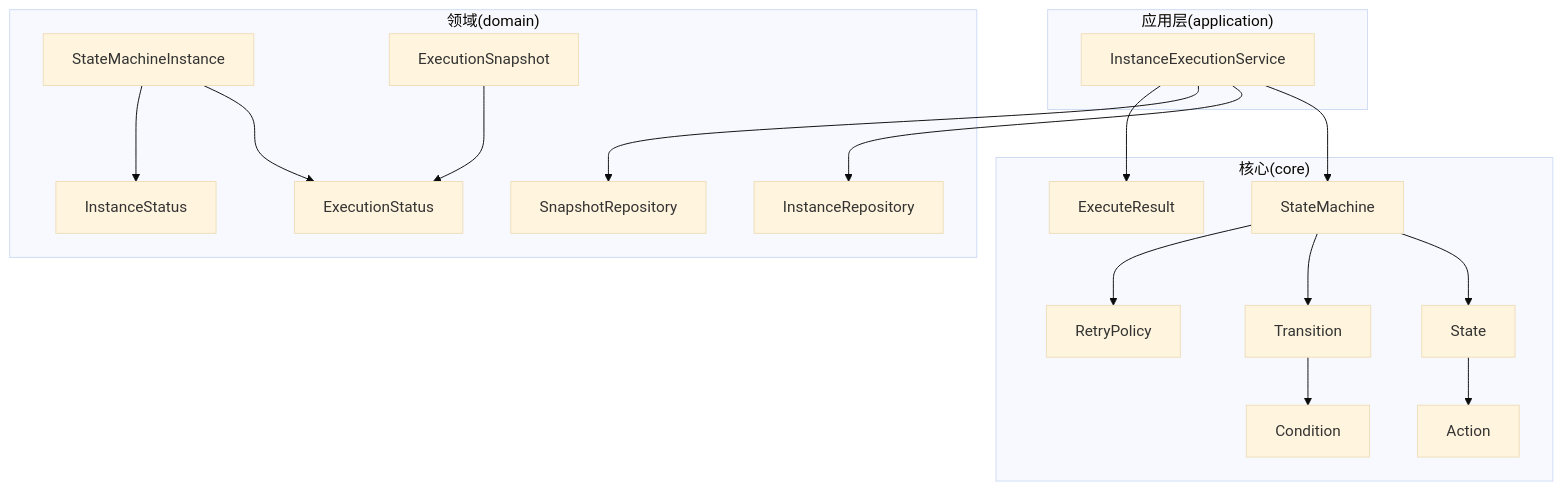
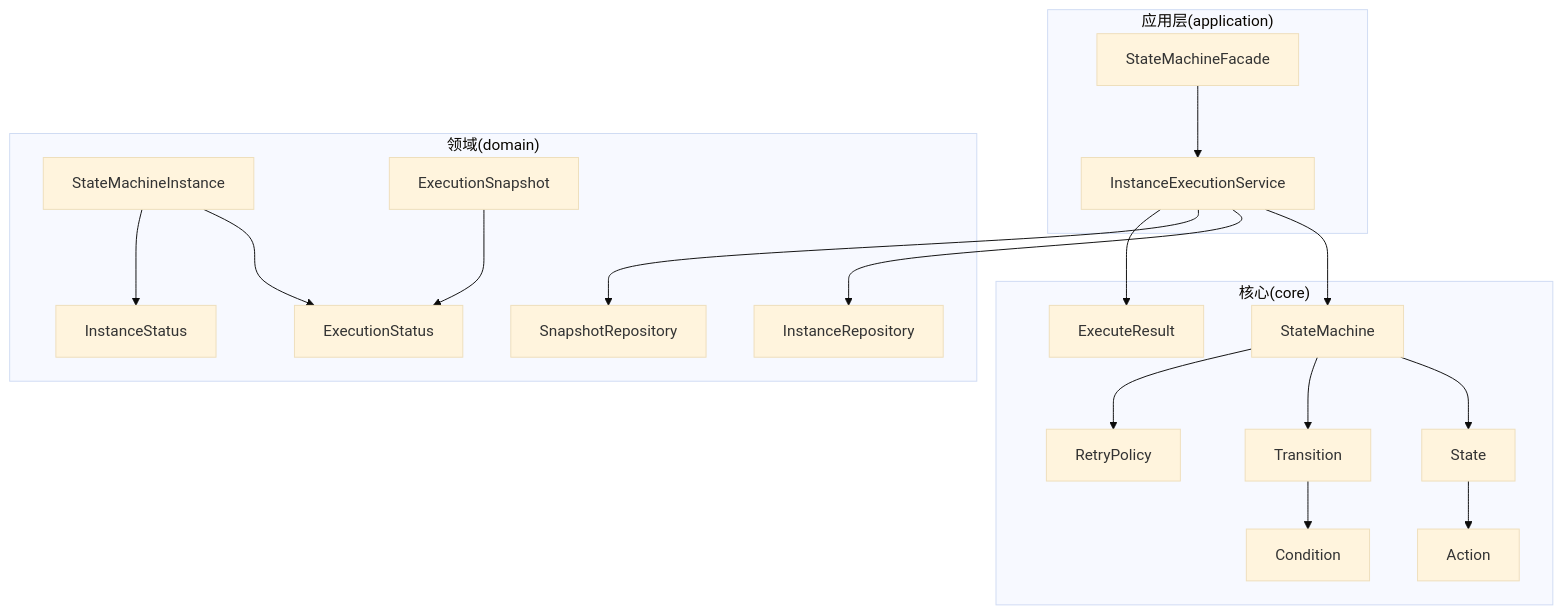
The first of 9 diagrams in .qoder/repowiki/zh/content/执行引擎/实例执行服务.md (xiaoche80s-tech/state-machine-parent), drawn with Mermaid (base theme) before and after one commit. The commit also changed other lines of this file and 7 other files, not shown here.

````diff
--- a/.qoder/repowiki/zh/content/执行引擎/实例执行服务.md
+++ b/.qoder/repowiki/zh/content/执行引擎/实例执行服务.md
@@ -52,35 +62,37 @@
 ```mermaid
 graph TB
 subgraph "应用层(application)"
 Svc["InstanceExecutionService"]
+Facade["StateMachineFacade"]
 end
 subgraph "核心(core)"
 SM["StateMachine<C>"]
 State["State<C>"]
 Trans["Transition<C>"]
 Act["Action<C>"]
 Cond["Condition<C>"]
 Retry["RetryPolicy"]
 ExecRes["ExecuteResult"]
 end
 subgraph "领域(domain)"
 Inst["StateMachineInstance"]
 Snap["ExecutionSnapshot"]
 RepoInst["InstanceRepository"]
 RepoSnap["SnapshotRepository"]
 EStatus["ExecutionStatus"]
 IStatus["InstanceStatus"]
 end
 Svc --> SM
 Svc --> RepoInst
 Svc --> RepoSnap
 SM --> State
 SM --> Trans
 State --> Act
 Trans --> Cond
 SM --> Retry
 Svc --> ExecRes
 Inst --> EStatus
 Inst --> IStatus
 Snap --> EStatus
+Facade --> Svc
 ```
````
